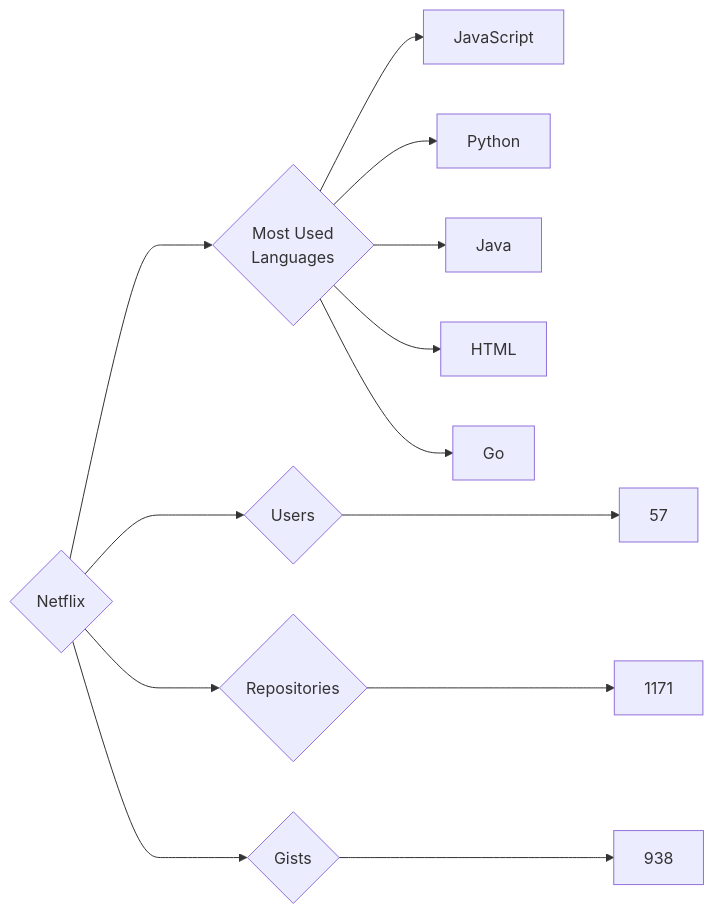
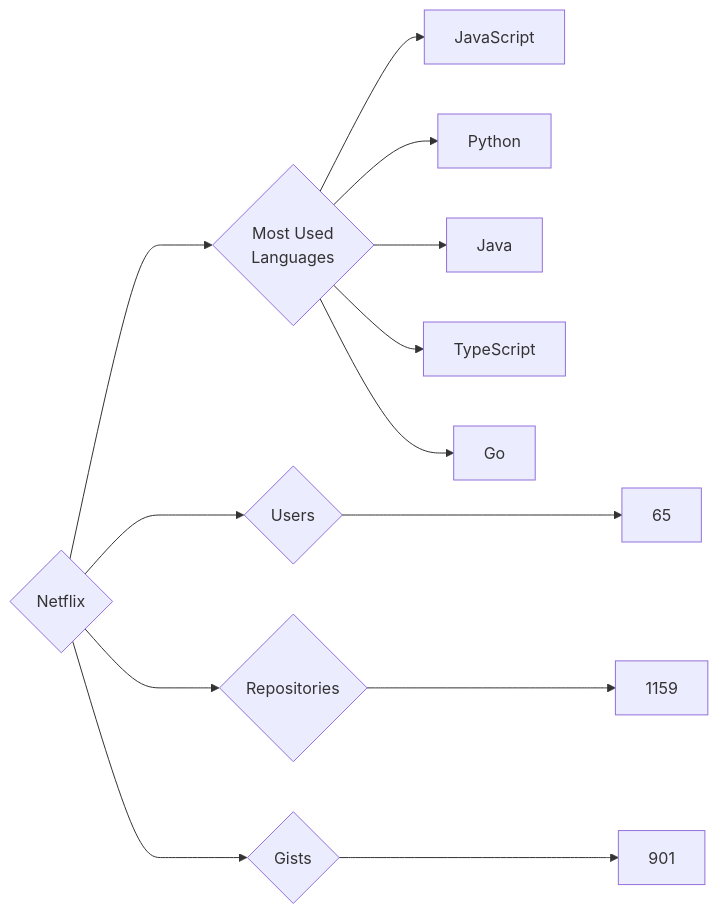
Before and after one commit to trickest/insiders: the diagram in targets/Netflix/README.md, drawn with Mermaid. The commit also changed 903 other files, not shown here.

````diff
--- a/targets/Netflix/README.md
+++ b/targets/Netflix/README.md
@@ -3,13 +3,13 @@
 ```mermaid
 graph LR
 COMPANY_NAME{Netflix}
-COMPANY_NAME ---> U{Users} ---> UN[57]
-COMPANY_NAME ---> R{Repositories} ---> RN[1171]
-COMPANY_NAME ---> G{Gists} ---> GN[938]
+COMPANY_NAME ---> U{Users} ---> UN[65]
+COMPANY_NAME ---> R{Repositories} ---> RN[1159]
+COMPANY_NAME ---> G{Gists} ---> GN[901]
 COMPANY_NAME ---> ML{Most Used<br>Languages}
 ML --> JavaScript[JavaScript]
 ML --> Python[Python]
 ML --> Java[Java]
-ML --> HTML[HTML]
+ML --> TypeScript[TypeScript]
 ML --> Go[Go]
 ```
````
